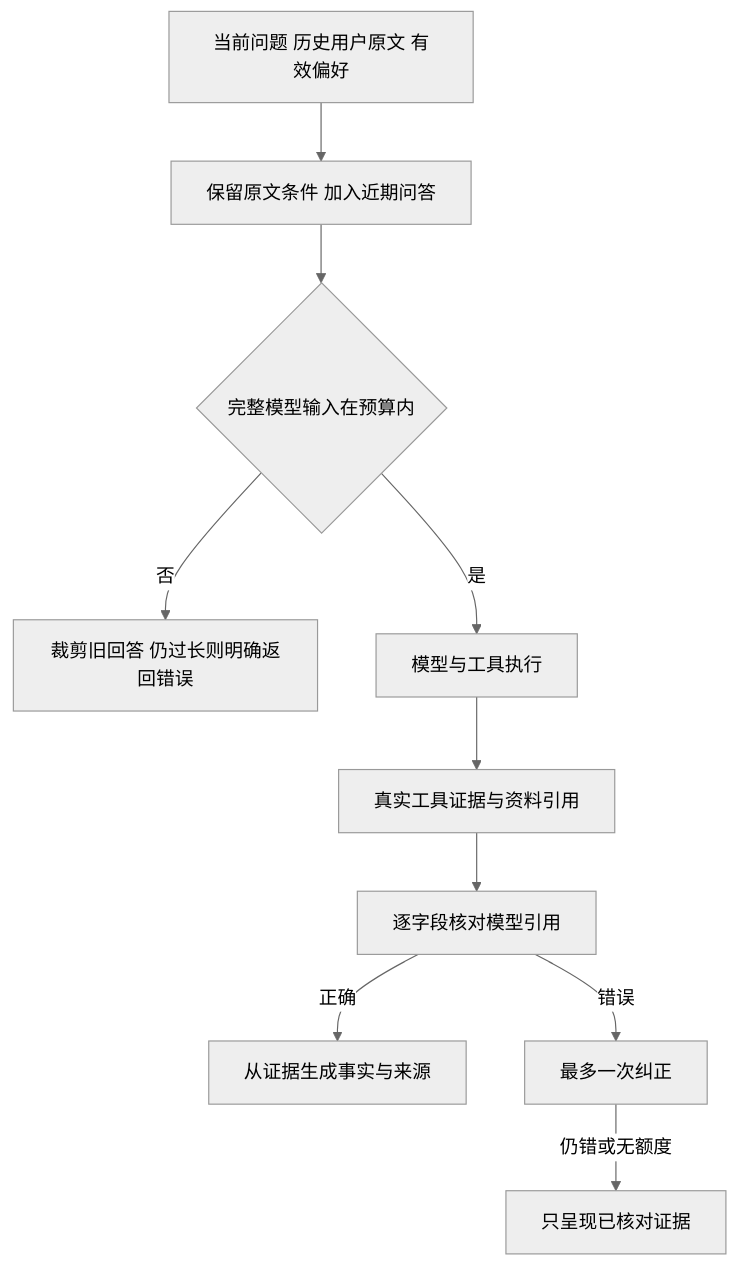
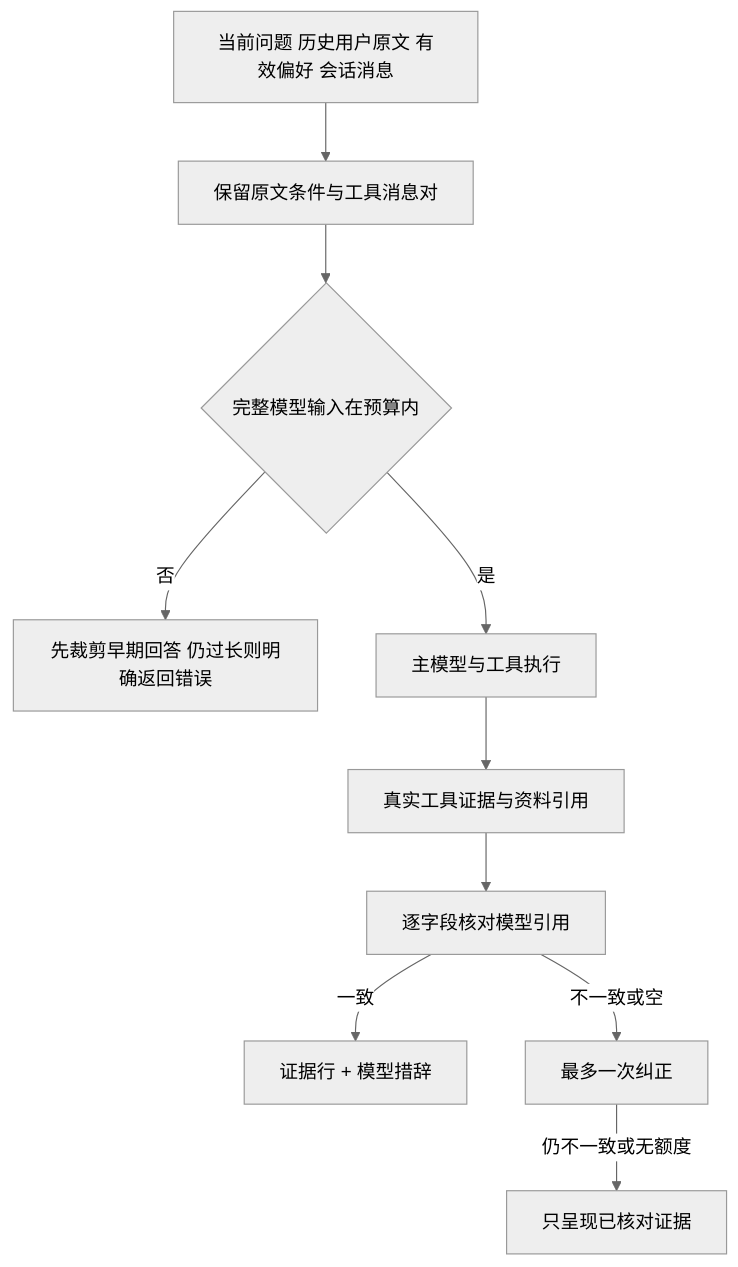
One commit to hj456992/agentscope-react-demo changed the fourth of 4 diagrams in docs/Supervisor使用说明.md. Above: the diagram before and after it, drawn with Mermaid (neutral theme). The commit also changed other lines of this file and 28 other files, not shown here.

````diff
--- a/docs/Supervisor使用说明.md
+++ b/docs/Supervisor使用说明.md
@@ -102,12 +104,12 @@
 ```mermaid
 flowchart TD
-    A[当前问题 历史用户原文 有效偏好] --> B[保留原文条件 加入近期问答]
+    A[当前问题 历史用户原文 有效偏好 会话消息] --> B[保留原文条件与工具消息对]
     B --> C{完整模型输入在预算内}
-    C -->|否| D[裁剪旧回答 仍过长则明确返回错误]
-    C -->|是| E[模型与工具执行]
+    C -->|否| D[先裁剪早期回答 仍过长则明确返回错误]
+    C -->|是| E[主模型与工具执行]
     E --> F[真实工具证据与资料引用]
     F --> G[逐字段核对模型引用]
-    G -->|正确| H[从证据生成事实与来源]
-    G -->|错误| I[最多一次纠正]
-    I -->|仍错或无额度| J[只呈现已核对证据]
+    G -->|一致| H[证据行 + 模型措辞]
+    G -->|不一致或空| I[最多一次纠正]
+    I -->|仍不一致或无额度| J[只呈现已核对证据]
 ```
````
